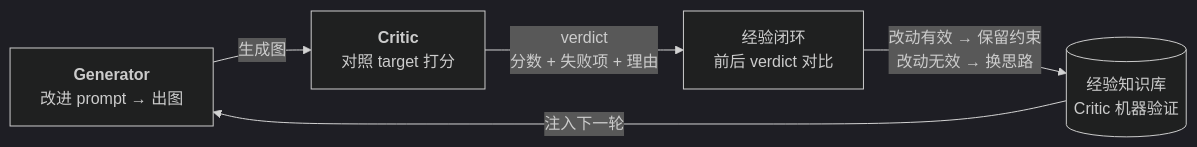
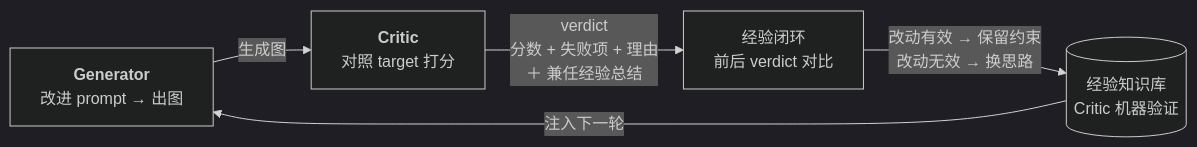
The first of 6 diagrams in README.md (zenthos-z/img-iter-agent), drawn with Mermaid (dark theme) before and after one commit. The commit also changed other lines of this file, not shown here.

````diff
--- a/README.md
+++ b/README.md
@@ -25,7 +25,7 @@
 ```mermaid
 flowchart LR
   G["<b>Generator</b><br/>改进 prompt → 出图"] -->|"生成图"| C["<b>Critic</b><br/>对照 target 打分"]
-  C -->|"verdict<br/>分数 + 失败项 + 理由"| S["经验闭环<br/>前后 verdict 对比"]
+  C -->|"verdict<br/>分数 + 失败项 + 理由<br/>＋ 兼任经验总结"| S["经验闭环<br/>前后 verdict 对比"]
   S -->|"改动有效 → 保留约束<br/>改动无效 → 换思路"| KB[("经验知识库<br/>Critic 机器验证")]
   KB -->|"注入下一轮"| G
 ```
````
